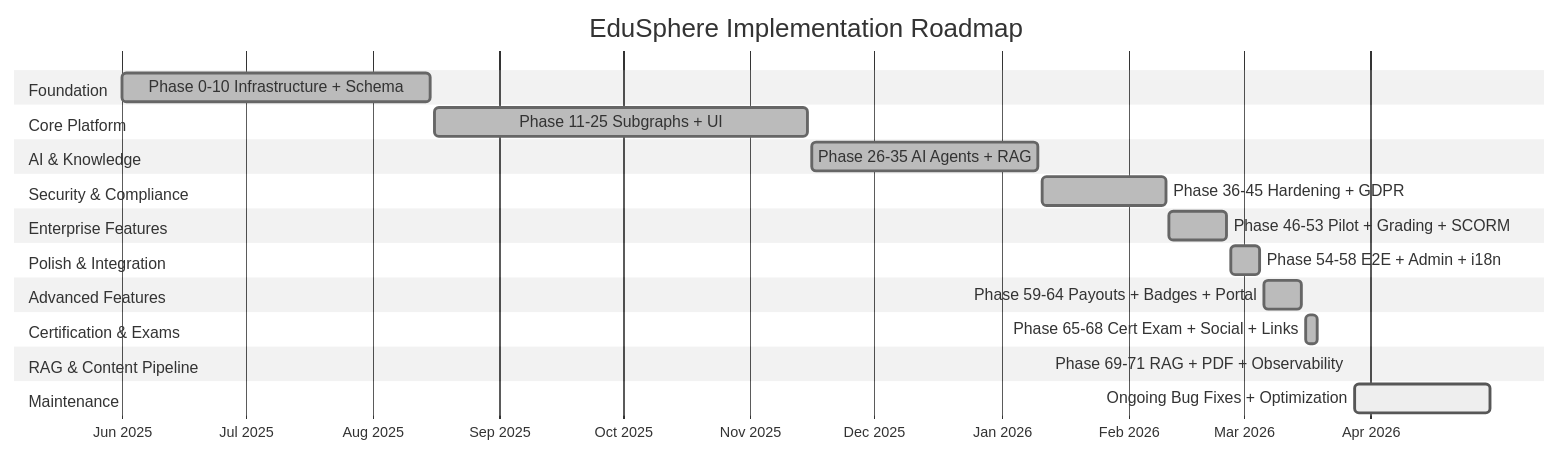
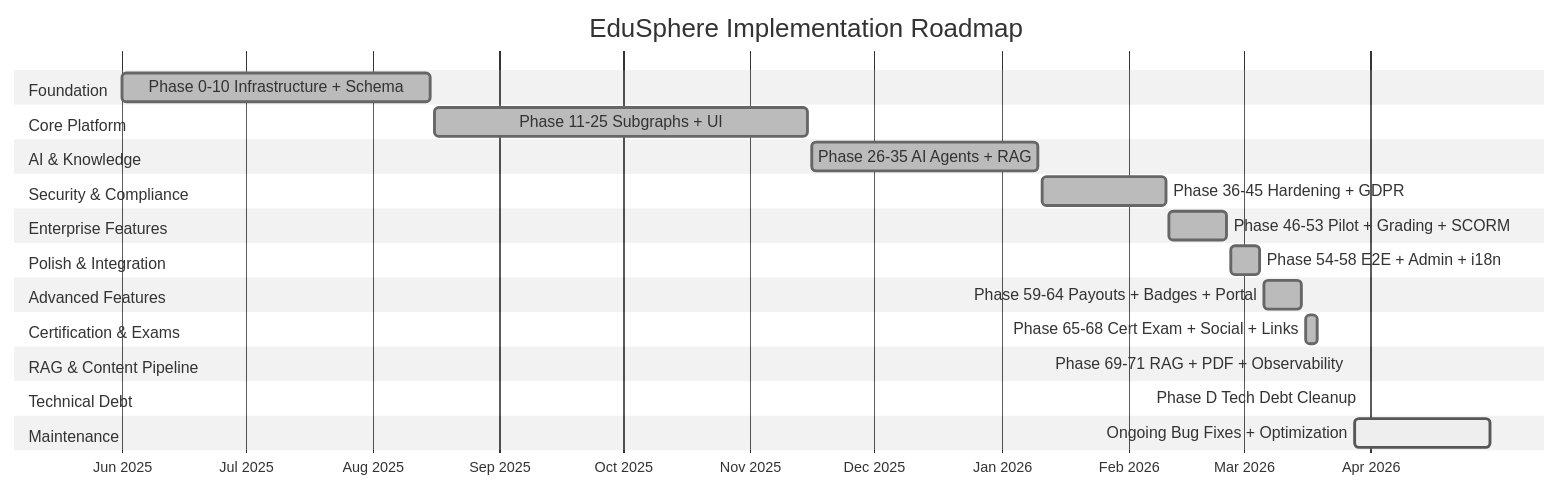
Before and after one commit to TalWayn72/EduSphere: the first of 4 diagrams in IMPLEMENTATION_ROADMAP.md, drawn with Mermaid (neutral theme). The commit also changed other lines of this file and 3 other files, not shown here.

First line of the commit message:
docs: update OPEN_ISSUES, README, roadmap, test registry for Phase D completion

````diff
--- a/IMPLEMENTATION_ROADMAP.md
+++ b/IMPLEMENTATION_ROADMAP.md
@@ -22,36 +22,39 @@
 ```mermaid
 gantt
     title EduSphere Implementation Roadmap
     dateFormat YYYY-MM-DD
     axisFormat %b %Y
 
     section Foundation
         Phase 0-10 Infrastructure + Schema: done, p0, 2025-06-01, 2025-08-15
 
     section Core Platform
         Phase 11-25 Subgraphs + UI: done, p1, 2025-08-16, 2025-11-15
 
     section AI & Knowledge
         Phase 26-35 AI Agents + RAG: done, p2, 2025-11-16, 2026-01-10
 
     section Security & Compliance
         Phase 36-45 Hardening + GDPR: done, p3, 2026-01-11, 2026-02-10
 
     section Enterprise Features
         Phase 46-53 Pilot + Grading + SCORM: done, p4, 2026-02-11, 2026-02-25
 
     section Polish & Integration
         Phase 54-58 E2E + Admin + i18n: done, p5, 2026-02-26, 2026-03-05
 
     section Advanced Features
         Phase 59-64 Payouts + Badges + Portal: done, p6, 2026-03-06, 2026-03-15
 
     section Certification & Exams
         Phase 65-68 Cert Exam + Social + Links: done, p7, 2026-03-16, 2026-03-19
 
     section RAG & Content Pipeline
         Phase 69-71 RAG + PDF + Observability: done, p8, 2026-03-27, 2026-03-27
 
+    section Technical Debt
+        Phase D Tech Debt Cleanup: done, pd, 2026-03-30, 2026-03-30
+
     section Maintenance
         Ongoing Bug Fixes + Optimization: active, p9, 2026-03-28, 2026-04-30
 ```
````
